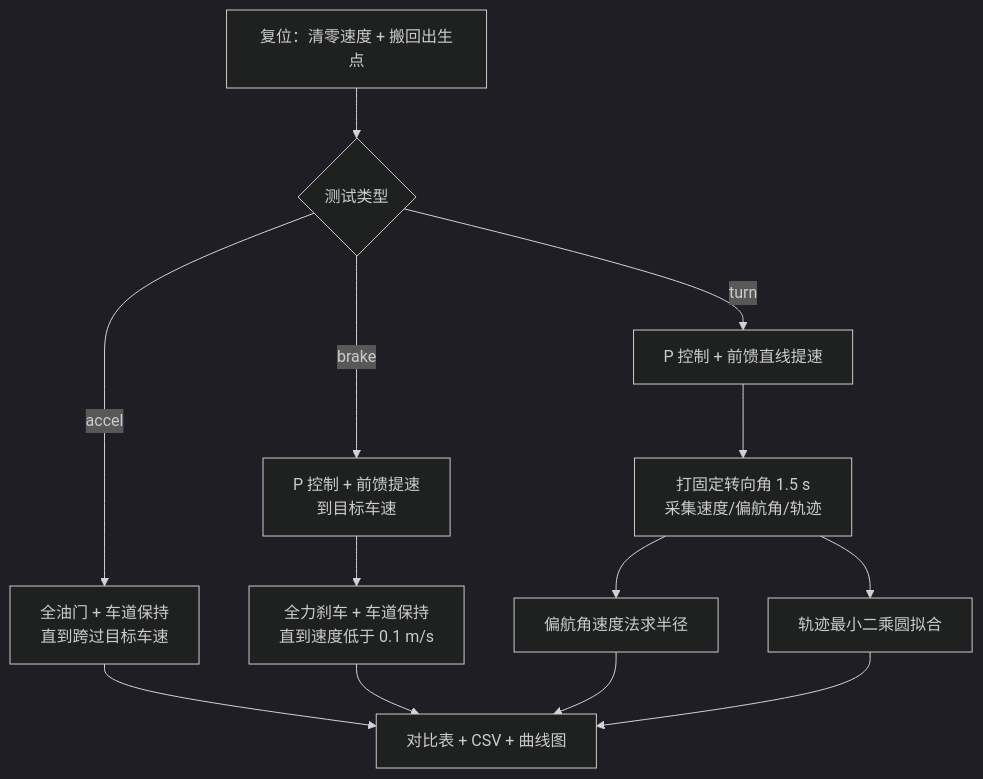
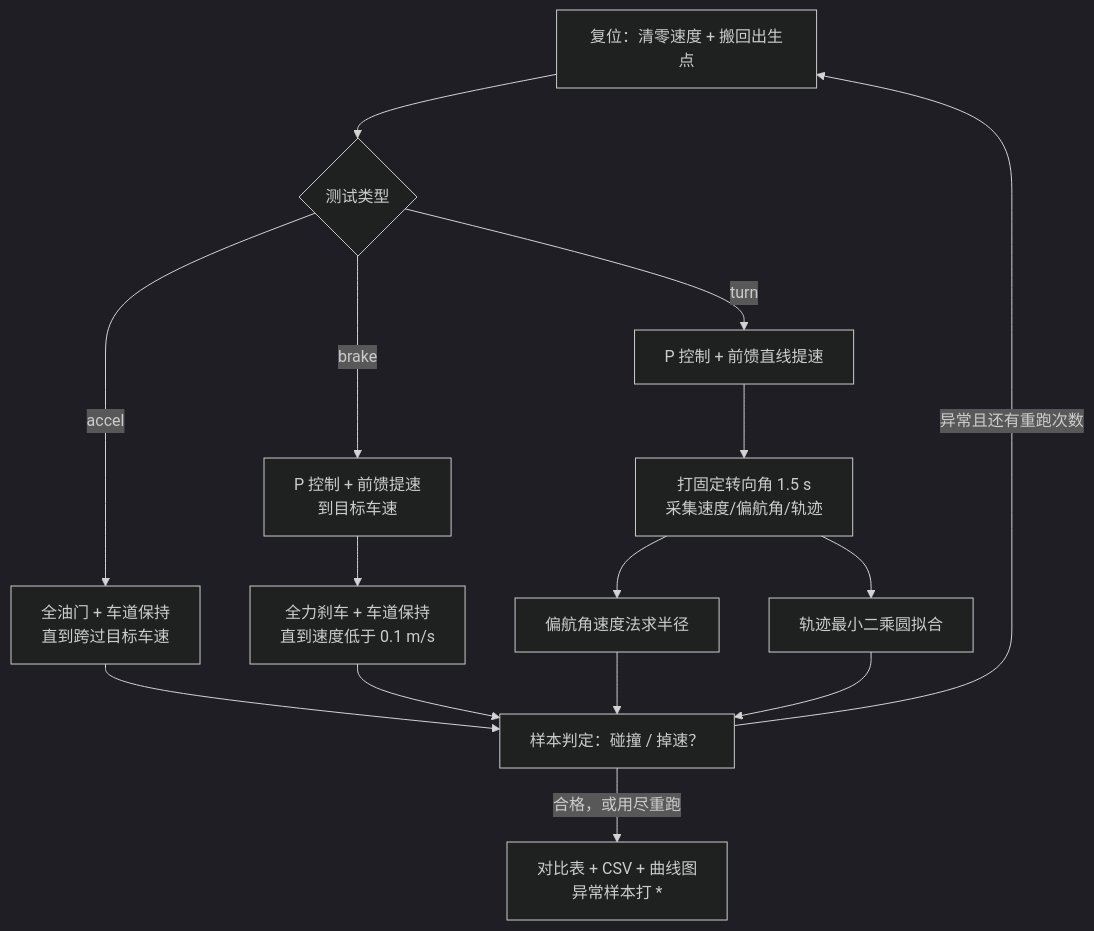
Before and after one commit to OpenHUTB/ros2: the diagram in docs/ground/carla_vehicle_dynamics_test.md, drawn with Mermaid (dark theme). The commit also changed other lines of this file and 8 other files, not shown here.

````diff
--- a/docs/ground/carla_vehicle_dynamics_test.md
+++ b/docs/ground/carla_vehicle_dynamics_test.md
@@ -312,15 +345,17 @@
 ```mermaid
 flowchart TD
     A[复位：清零速度 + 搬回出生点] --> B{测试类型}
     B -->|accel| C[全油门 + 车道保持<br/>直到跨过目标车速]
     B -->|brake| D[P 控制 + 前馈提速<br/>到目标车速]
     D --> E[全力刹车 + 车道保持<br/>直到速度低于 0.1 m/s]
     B -->|turn| F[P 控制 + 前馈直线提速]
     F --> G[打固定转向角 1.5 s<br/>采集速度/偏航角/轨迹]
     G --> H[偏航角速度法求半径]
     G --> I[轨迹最小二乘圆拟合]
-    C --> J[对比表 + CSV + 曲线图]
+    C --> J[样本判定：碰撞 / 掉速？]
     E --> J
     H --> J
     I --> J
+    J -->|异常且还有重跑次数| A
+    J -->|合格，或用尽重跑| K[对比表 + CSV + 曲线图<br/>异常样本打 *]
 ```
````
